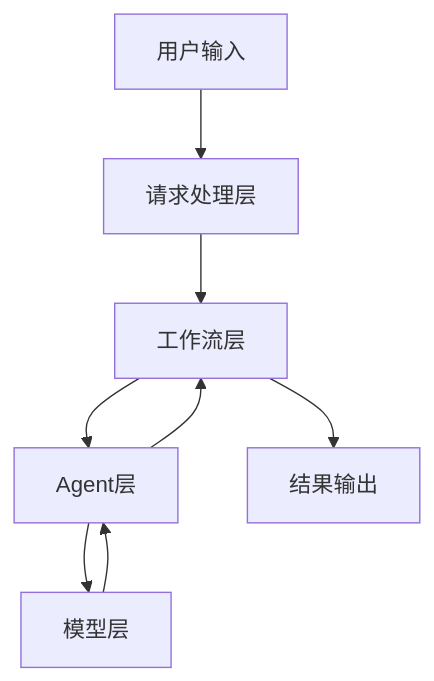
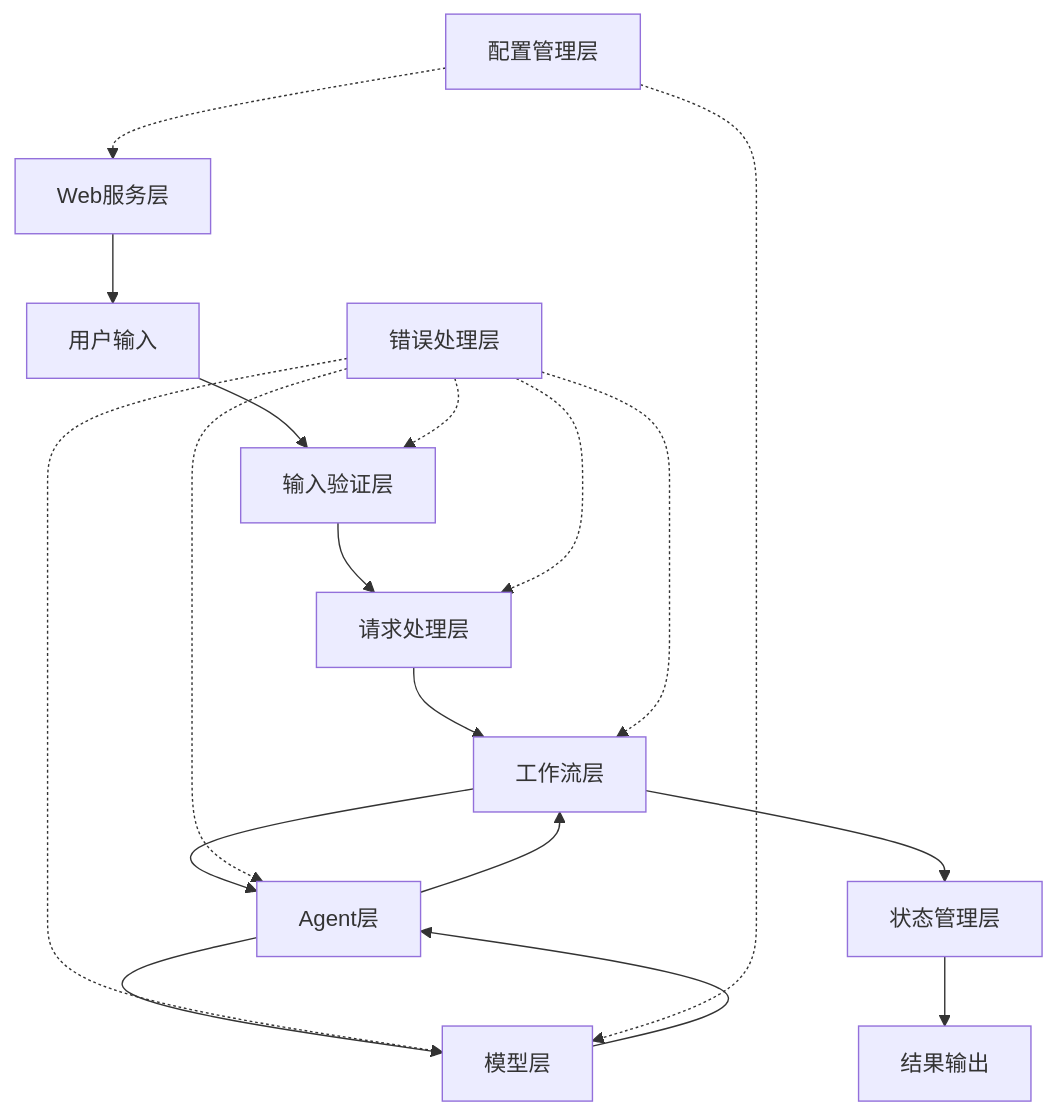
The diagram in ARCHITECTURE.md (longmans/prompt_agent), drawn with Mermaid before and after one commit. The commit also changed other lines of this file and 3 other files, not shown here.

````diff
--- a/ARCHITECTURE.md
+++ b/ARCHITECTURE.md
@@ -44,10 +78,22 @@
 ```mermaid
 graph TD
-    A[用户输入] --> B[请求处理层]
-    B --> C[工作流层]
-    C --> D[Agent层]
-    D --> E[模型层]
+    A[用户输入] --> B[输入验证层]
+    B --> C[请求处理层]
+    C --> D[工作流层]
+    D --> E[Agent层]
+    E --> F[模型层]
+    F --> E
     E --> D
-    D --> C
-    C --> F[结果输出]
+    D --> G[状态管理层]
+    G --> H[结果输出]
+    
+    I[错误处理层] -.-> B
+    I -.-> C
+    I -.-> D
+    I -.-> E
+    I -.-> F
+    
+    J[配置管理层] -.-> F
+    J -.-> K[Web服务层]
+    K --> A
 ```
````
